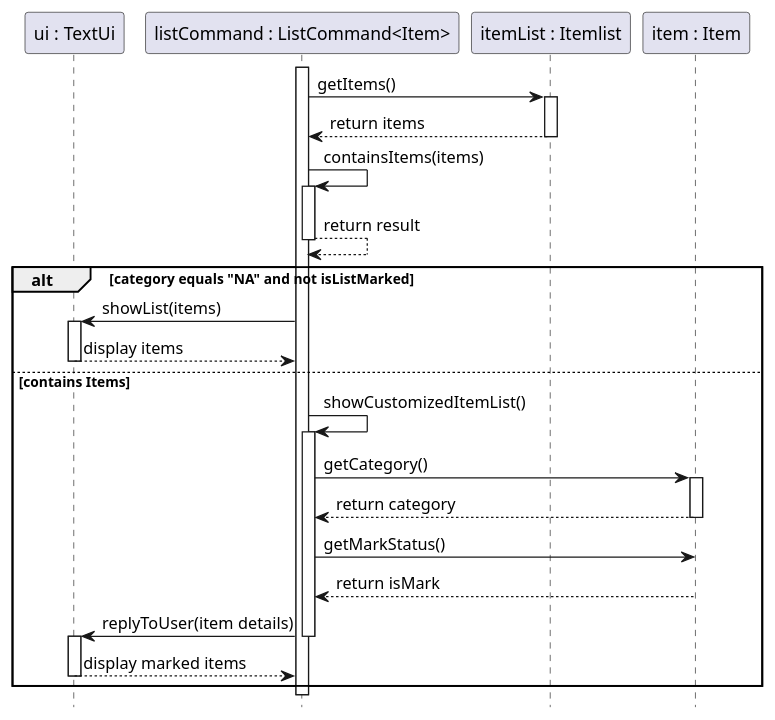
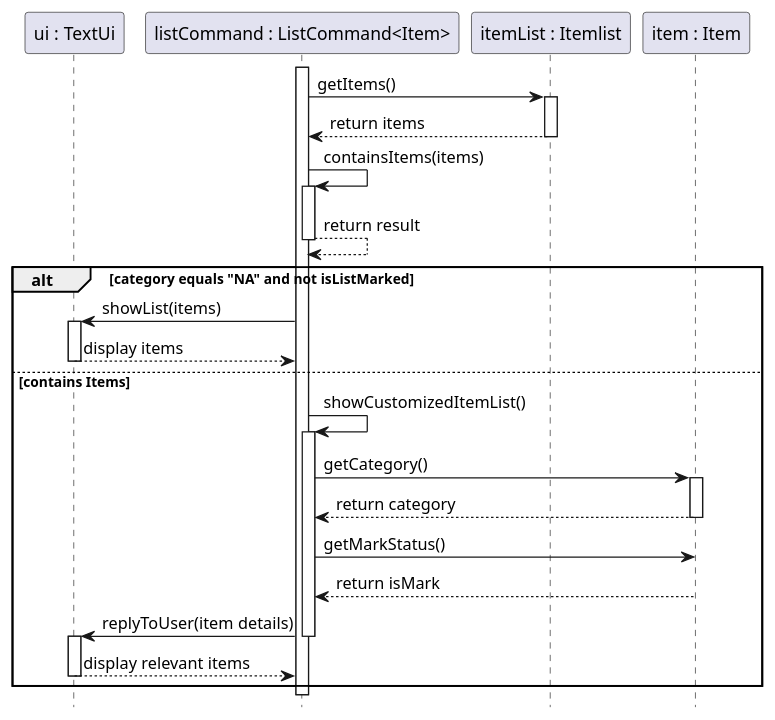
Before and after one commit to LowTL/tp: the diagram in docs/Diagrams/PUML files/Itemlist/ListItems_SequenceDiagram.puml, drawn with PlantUML. The commit also changed 9 other files, not shown here.

Commit message:
add to DG and upload UML diagrams

```diff
--- a/docs/Diagrams/PUML files/Itemlist/ListItems_SequenceDiagram.puml
+++ b/docs/Diagrams/PUML files/Itemlist/ListItems_SequenceDiagram.puml
@@ -1,41 +1,41 @@
 @startuml
 participant "ui : TextUi" as UI
 participant "listCommand : ListCommand<Item>" as ListCommand
 participant "itemList : Itemlist" as Itemlist
 participant "item : Item" as Item
 
 activate ListCommand
 
 ListCommand -> Itemlist : getItems()
 activate Itemlist
 Itemlist --> ListCommand : return items
 deactivate Itemlist
 
 ListCommand -> ListCommand : containsItems(items)
 activate ListCommand
 ListCommand --> ListCommand : return result
 deactivate ListCommand
 
 alt category equals "NA" and not isListMarked
     ListCommand -> UI : showList(items)
     activate UI
     UI --> ListCommand : display items
     deactivate UI
 else contains Items
     ListCommand -> ListCommand : showCustomizedItemList()
     activate ListCommand
     ListCommand -> Item : getCategory()
     activate Item
     Item --> ListCommand : return category
     deactivate Item
     ListCommand -> Item : getMarkStatus()
     Item --> ListCommand : return isMark
     ListCommand -> UI : replyToUser(item details)
     deactivate ListCommand
     activate UI
-    UI --> ListCommand : display marked items
+    UI --> ListCommand : display relevant items
     deactivate UI
 end
 hide footbox
 deactivate ListCommand
 @enduml
```
